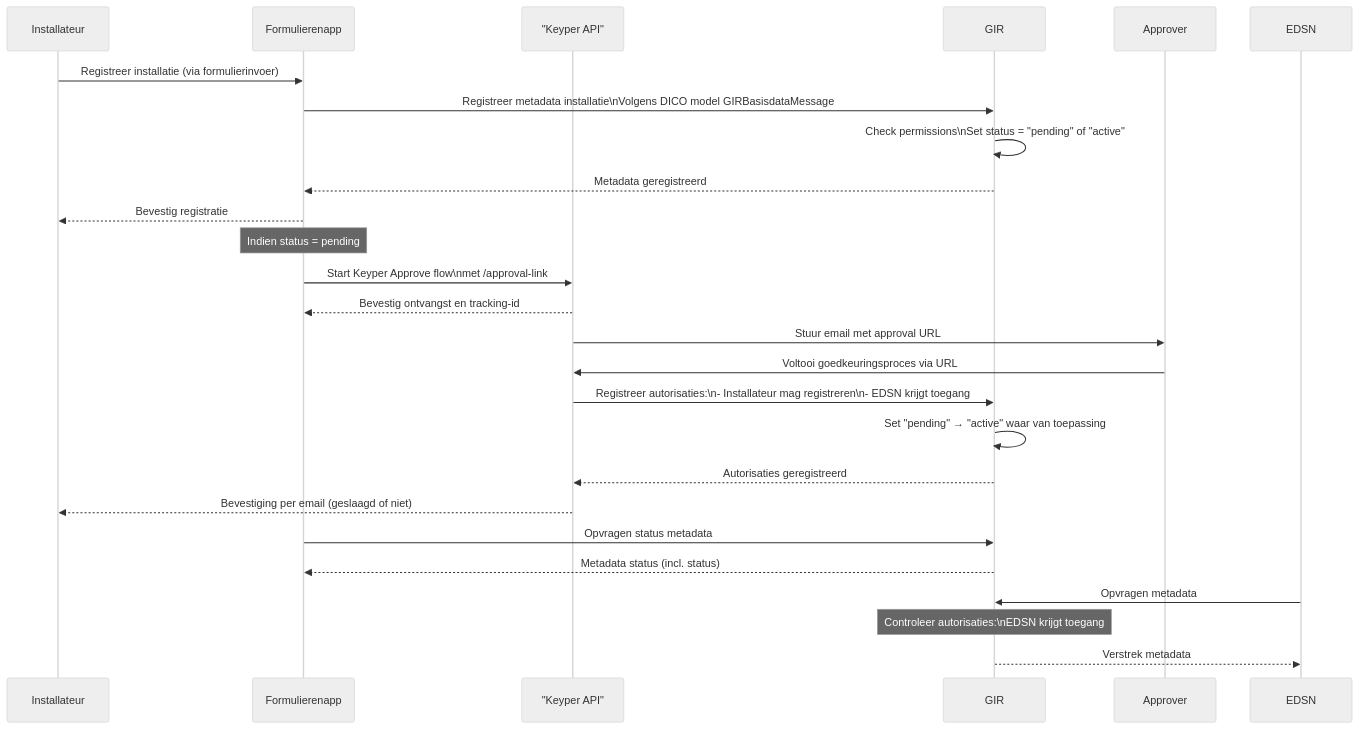
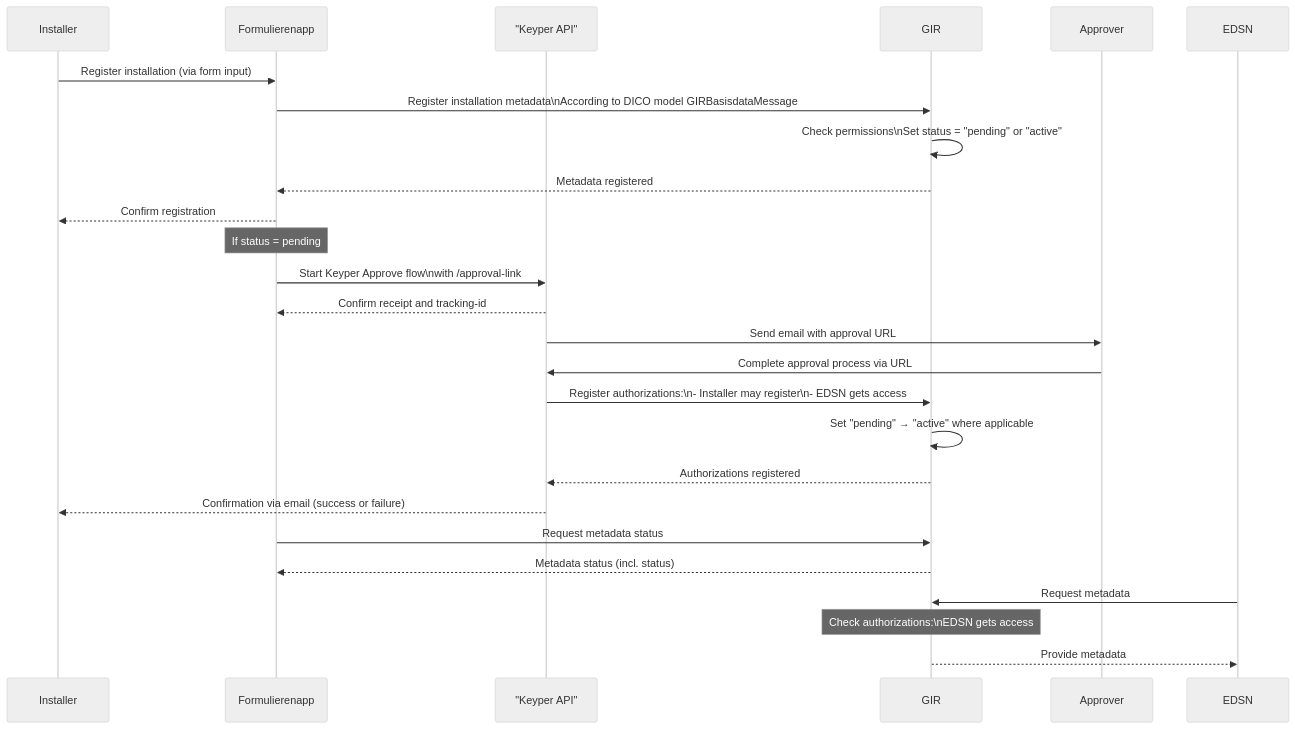
Before and after one commit to POORT8/Poort8.Docs: the diagram in gir/GIR-process.md, drawn with Mermaid (neutral theme). The commit also changed other lines of this file, not shown here.

Commit message:
Deploy gir docs: 66ecf00c65a7fb48e345fc0141c1f5713bcd43da

````diff
--- a/gir/GIR-process.md
+++ b/gir/GIR-process.md
@@ -63,36 +63,36 @@
 ```mermaid
 sequenceDiagram
-    participant Installateur
+    participant Installer
     participant Formulierenapp
     participant KeyperAPI as "Keyper API"
     participant GIR
     participant Approver
     participant EDSN
 
-    Installateur->>Formulierenapp: Registreer installatie (via formulierinvoer)
-    Formulierenapp->>GIR: Registreer metadata installatie\nVolgens DICO model GIRBasisdataMessage
-    GIR->>GIR: Check permissions\nSet status = "pending" of "active"
-    GIR-->>Formulierenapp: Metadata geregistreerd
-    Formulierenapp-->>Installateur: Bevestig registratie
+    Installer->>Formulierenapp: Register installation (via form input)
+    Formulierenapp->>GIR: Register installation metadata\nAccording to DICO model GIRBasisdataMessage
+    GIR->>GIR: Check permissions\nSet status = "pending" or "active"
+    GIR-->>Formulierenapp: Metadata registered
+    Formulierenapp-->>Installer: Confirm registration
 
-    Note over Formulierenapp: Indien status = pending
+    Note over Formulierenapp: If status = pending
 
-    Formulierenapp->>KeyperAPI: Start Keyper Approve flow\nmet /approval-link
-    KeyperAPI-->>Formulierenapp: Bevestig ontvangst en tracking-id
+    Formulierenapp->>KeyperAPI: Start Keyper Approve flow\nwith /approval-link
+    KeyperAPI-->>Formulierenapp: Confirm receipt and tracking-id
 
-    KeyperAPI->>Approver: Stuur email met approval URL
-    Approver->>KeyperAPI: Voltooi goedkeuringsproces via URL
+    KeyperAPI->>Approver: Send email with approval URL
+    Approver->>KeyperAPI: Complete approval process via URL
 
-    KeyperAPI->>GIR: Registreer autorisaties:\n- Installateur mag registreren\n- EDSN krijgt toegang
-    GIR->>GIR: Set "pending" → "active" waar van toepassing
-    GIR-->>KeyperAPI: Autorisaties geregistreerd
+    KeyperAPI->>GIR: Register authorizations:\n- Installer may register\n- EDSN gets access
+    GIR->>GIR: Set "pending" → "active" where applicable
+    GIR-->>KeyperAPI: Authorizations registered
 
-    KeyperAPI-->>Installateur: Bevestiging per email (geslaagd of niet)
+    KeyperAPI-->>Installer: Confirmation via email (success or failure)
 
-    Formulierenapp->>GIR: Opvragen status metadata
+    Formulierenapp->>GIR: Request metadata status
     GIR-->>Formulierenapp: Metadata status (incl. status)
 
-    EDSN->>GIR: Opvragen metadata
-    Note over GIR: Controleer autorisaties:\nEDSN krijgt toegang
-    GIR-->>EDSN: Verstrek metadata
+    EDSN->>GIR: Request metadata
+    Note over GIR: Check authorizations:\nEDSN gets access
+    GIR-->>EDSN: Provide metadata
 ```
````
